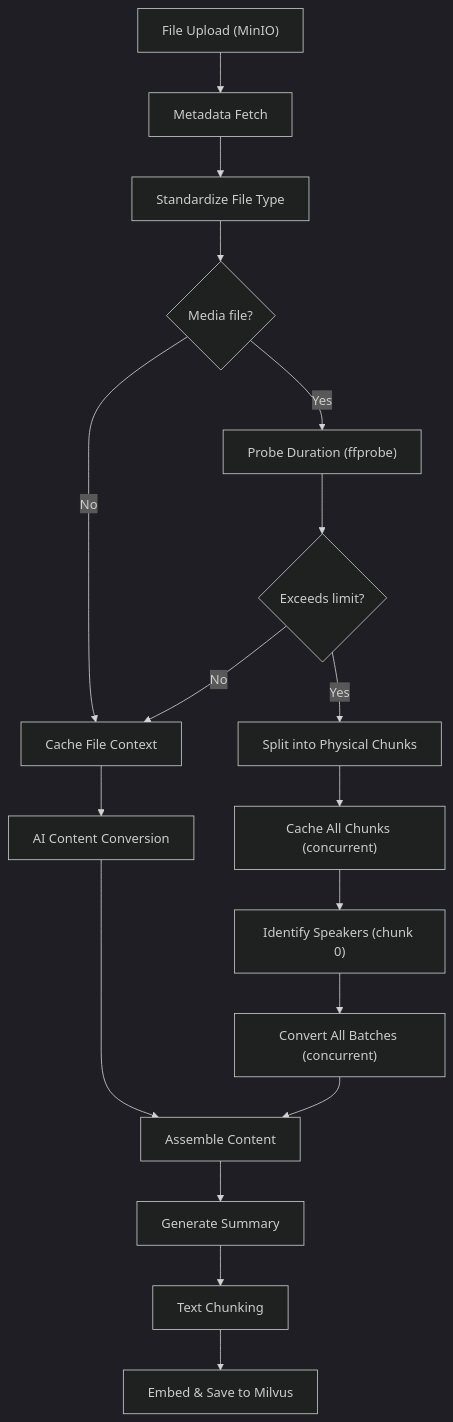
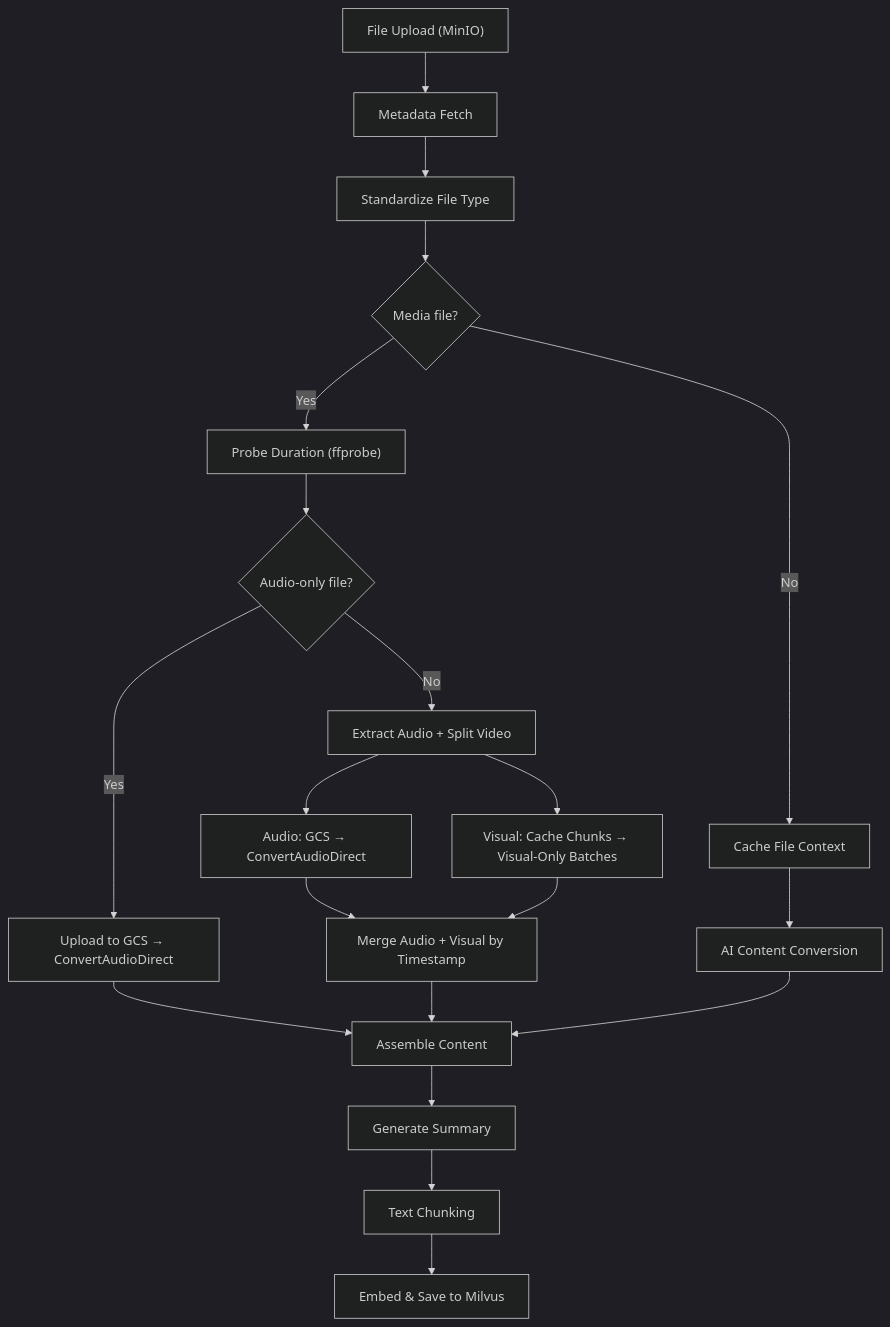
The first of 5 diagrams in docs/rag-indexing.md (instill-ai/artifact-backend), drawn with Mermaid (dark theme) before and after one commit. The commit also changed other lines of this file and 17 other files, not shown here.

First line of the commit message:
feat(worker): hybrid two-pass audio/visual processing for video files

````diff
--- a/docs/rag-indexing.md
+++ b/docs/rag-indexing.md
@@ -7,20 +7,22 @@
 ```mermaid
 flowchart TD
     Upload["File Upload (MinIO)"] --> Meta["Metadata Fetch"]
     Meta --> Std["Standardize File Type"]
     Std --> Probe{"Media file?"}
     Probe -->|Yes| Duration["Probe Duration (ffprobe)"]
     Probe -->|No| Cache["Cache File Context"]
-    Duration --> Long{"Exceeds limit?"}
-    Long -->|No| Cache
-    Long -->|Yes| Split["Split into Physical Chunks"]
+    Duration --> AudioOnly{"Audio-only file?"}
+    AudioOnly -->|Yes| GCSAudio["Upload to GCS → ConvertAudioDirect"]
+    AudioOnly -->|No| HybridSplit["Extract Audio + Split Video"]
+    HybridSplit --> AudioBranch["Audio: GCS → ConvertAudioDirect"]
+    HybridSplit --> VisualBranch["Visual: Cache Chunks → Visual-Only Batches"]
+    AudioBranch --> Merge["Merge Audio + Visual by Timestamp"]
+    VisualBranch --> Merge
     Cache --> Convert["AI Content Conversion"]
-    Split --> CacheAll["Cache All Chunks (concurrent)"]
-    CacheAll --> Speakers["Identify Speakers (chunk 0)"]
-    Speakers --> BatchAll["Convert All Batches (concurrent)"]
-    Convert --> Assemble["Assemble Content"]
-    BatchAll --> Assemble
+    GCSAudio --> Assemble["Assemble Content"]
+    Convert --> Assemble
+    Merge --> Assemble
     Assemble --> Summary["Generate Summary"]
     Summary --> Chunk["Text Chunking"]
     Chunk --> Embed["Embed & Save to Milvus"]
 ```
````
